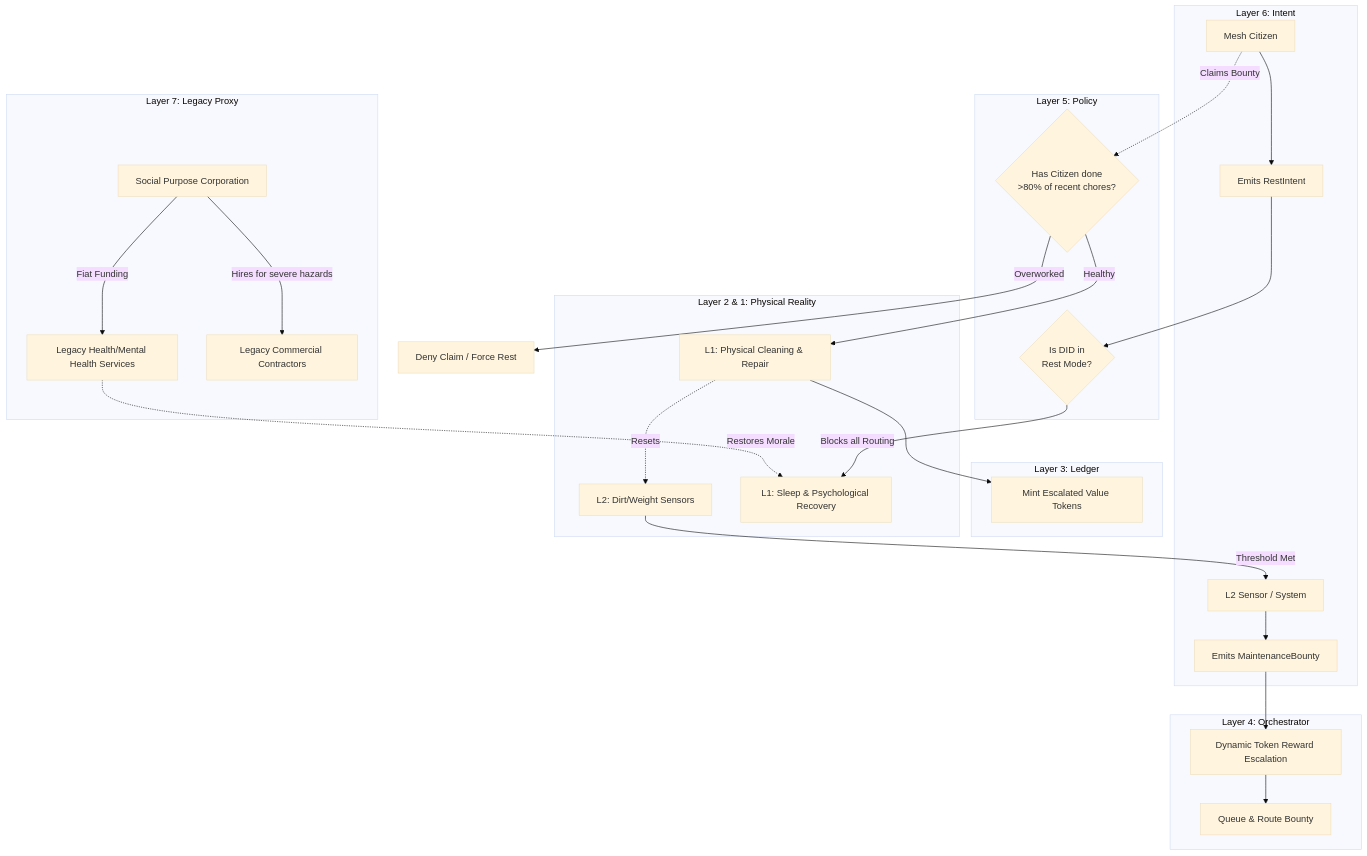
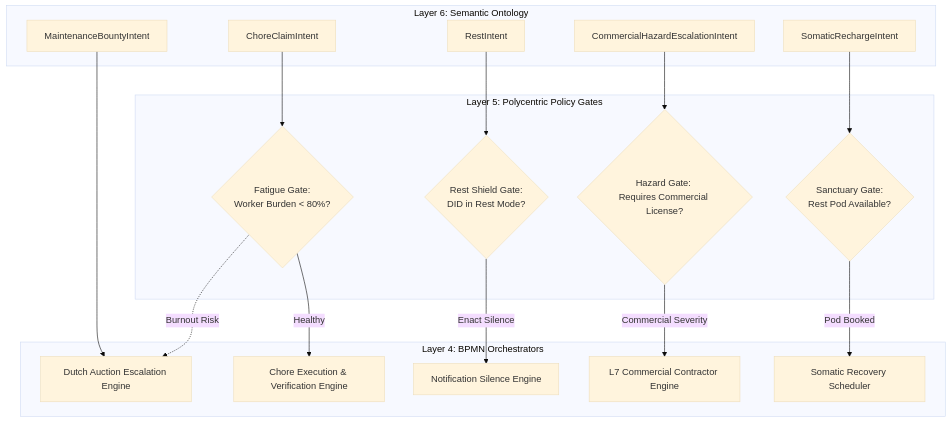
Before and after one commit to raffaine/collective: the third of 4 diagrams in docs/scenarios/sigma_burnout.md, drawn with Mermaid (base theme). The commit also changed other lines of this file and 62 other files, not shown here.

First line of the commit message:
feat(sprint-1): Oasis V4 WebGPU Engine & Sovereign Stack V2 Architecture

````diff
--- a/docs/scenarios/sigma_burnout.md
+++ b/docs/scenarios/sigma_burnout.md
@@ -45,58 +113,41 @@
 ```mermaid
 graph TD
-    subgraph Layer 7: Legacy Proxy
-        Therapy[Legacy Health/Mental Health Services]
-        Contractor[Legacy Commercial Contractors]
-        SPC[Social Purpose Corporation]
+    subgraph Layer 6: Semantic Ontology
+        L6_Bounty[MaintenanceBountyIntent]
+        L6_Rest[RestIntent]
+        L6_Claim[ChoreClaimIntent]
+        L6_Haz[CommercialHazardEscalationIntent]
+        L6_Rech[SomaticRechargeIntent]
     end
 
-    subgraph Layer 6: Intent
-        System[L2 Sensor / System]
-        Citizen[Mesh Citizen]
-        Bounty[Emits MaintenanceBounty]
-        Rest[Emits RestIntent]
+    subgraph Layer 5: Polycentric Policy Gates
+        P_Fatigue{Fatigue Gate: <br>Worker Burden < 80%?}
+        P_RestShield{Rest Shield Gate: <br>DID in Rest Mode?}
+        P_Hazard{Hazard Gate: <br>Requires Commercial License?}
+        P_Sanctuary{Sanctuary Gate: <br>Rest Pod Available?}
     end
 
-    subgraph Layer 5: Policy
-        FatigueCheck{Has Citizen done <br> >80% of recent chores?}
-        RestLock{Is DID in <br> Rest Mode?}
+    subgraph Layer 4: BPMN Orchestrators
+        BPMN_Auction[Dutch Auction Escalation Engine]
+        BPMN_Chore[Chore Execution & Verification Engine]
+        BPMN_Silence[Notification Silence Engine]
+        BPMN_Contractor[L7 Commercial Contractor Engine]
+        BPMN_Spa[Somatic Recovery Scheduler]
     end
 
-    subgraph Layer 4: Orchestrator
-        Escalation[Dynamic Token Reward Escalation]
-        Router[Queue & Route Bounty]
-    end
+    %% Routing Logic
+    L6_Bounty --> BPMN_Auction
 
-    subgraph Layer 3: Ledger
-        Mint[Mint Escalated Value Tokens]
-    end
+    L6_Claim --> P_Fatigue
+    P_Fatigue -->|Healthy| BPMN_Chore
+    P_Fatigue -.->|Burnout Risk| BPMN_Auction
 
-    subgraph Layer 2 & 1: Physical Reality
-        Sensors[L2: Dirt/Weight Sensors]
-        Action[L1: Physical Cleaning & Repair]
-        HumanRest[L1: Sleep & Psychological Recovery]
-    end
+    L6_Rest --> P_RestShield
+    P_RestShield -->|Enact Silence| BPMN_Silence
 
-    %% Legacy Flow
-    SPC -->|Fiat Funding| Therapy
-    Therapy -.->|Restores Morale| HumanRest
-    SPC -->|Hires for severe hazards| Contractor
+    L6_Haz --> P_Hazard
+    P_Hazard -->|Commercial Severity| BPMN_Contractor
 
-    %% Maintenance Flow
-    Sensors -->|Threshold Met| System
-    System --> Bounty
-    Bounty --> Escalation
-    Escalation --> Router
-    
-    Citizen -.->|Claims Bounty| FatigueCheck
-    FatigueCheck -->|Overworked| Block[Deny Claim / Force Rest]
-    FatigueCheck -->|Healthy| Action
-    
-    Action --> Mint
-    Action -.->|Resets| Sensors
-
-    %% Rest Flow
-    Citizen --> Rest
-    Rest --> RestLock
-    RestLock -->|Blocks all Routing| HumanRest
+    L6_Rech --> P_Sanctuary
+    P_Sanctuary -->|Pod Booked| BPMN_Spa
 ```
````
